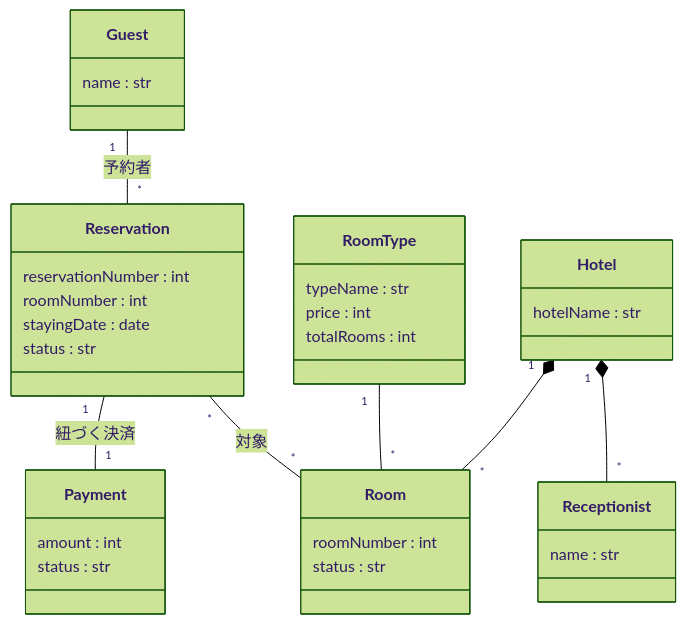
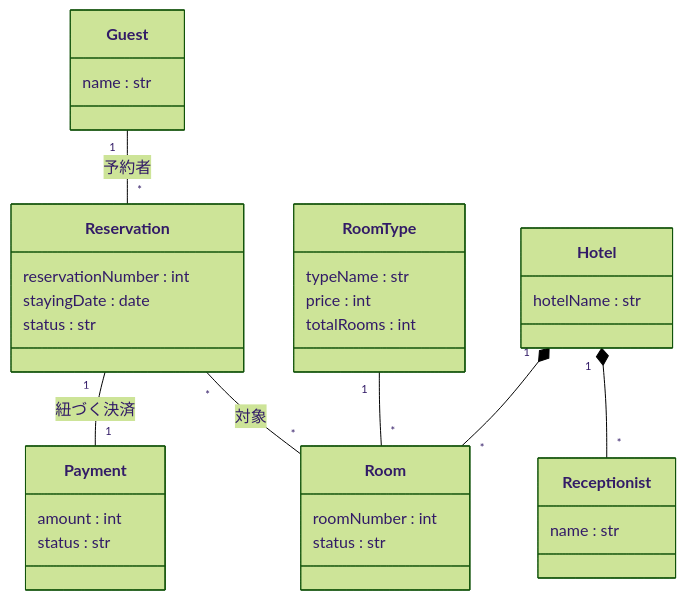
Before and after one commit to Kohki-tyl/HRS: the first of 2 diagrams in Domain_Analysis.md, drawn with Mermaid (forest theme). The commit also changed other lines of this file, not shown here.

````diff
--- a/Domain_Analysis.md
+++ b/Domain_Analysis.md
@@ -20,37 +20,36 @@
 ```mermaid
 classDiagram
     class Guest {
         name : str
     }
     class Reservation {
         reservationNumber : int
-        roomNumber : int
         stayingDate : date
         status : str
     }
     class Hotel {
         hotelName : str
     }
     class RoomType {
         typeName : str
         price : int
         totalRooms : int
     }
     class Room {
         roomNumber : int
         status : str
     }
     class Receptionist{
         name : str
     }
     class Payment {
         amount : int
         status : str
     }
     Hotel "1" *-- "*" Room : 
     Hotel "1" *-- "*" Receptionist : 
     RoomType "1" -- "*" Room : 
     Guest "1" -- "*" Reservation : 予約者
     Reservation "*" -- "*" Room : 対象
     Reservation "1" -- "1" Payment : 紐づく決済
 ```
````
